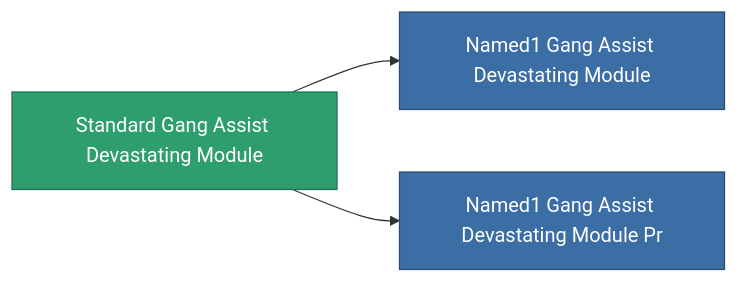
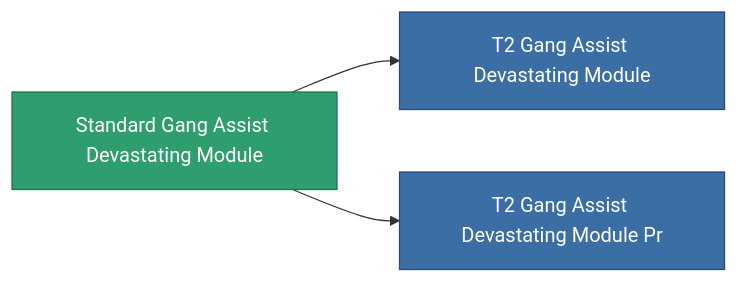
The diagram in content/content/items/standard_gang_assist_devastating_module.md (OpenPerpetuum/Wiki), drawn with Mermaid before and after one commit. The commit also changed other lines of this file and 4904 other files, not shown here.

````diff
--- a/content/content/items/standard_gang_assist_devastating_module.md
+++ b/content/content/items/standard_gang_assist_devastating_module.md
@@ -38,13 +38,13 @@
 ```mermaid
 graph LR
     a["Standard Gang Assist Devastating Module"]:::current
-    b["Named1 Gang Assist Devastating Module"]:::prod
+    b["T2 Gang Assist Devastating Module"]:::prod
     a --> b
-    click b "/content/items/named1-gang-assist-devastating-module/" "Named1 Gang Assist Devastating Module"
-    c["Named1 Gang Assist Devastating Module Pr"]:::prod
+    click b "/content/items/named1-gang-assist-devastating-module/" "T2 Gang Assist Devastating Module"
+    c["T2 Gang Assist Devastating Module Pr"]:::prod
     a --> c
-    click c "/content/items/named1-gang-assist-devastating-module-pr/" "Named1 Gang Assist Devastating Module Pr"
+    click c "/content/items/named1-gang-assist-devastating-module-pr/" "T2 Gang Assist Devastating Module Pr"
     classDef current fill:#2f9e6f,stroke:#1f6f4a,color:#ffffff
     classDef prod fill:#3b6ea5,stroke:#274a75,color:#ffffff
     classDef more fill:#39445a,stroke:#54658a,color:#d5dbe8
 ```
````
